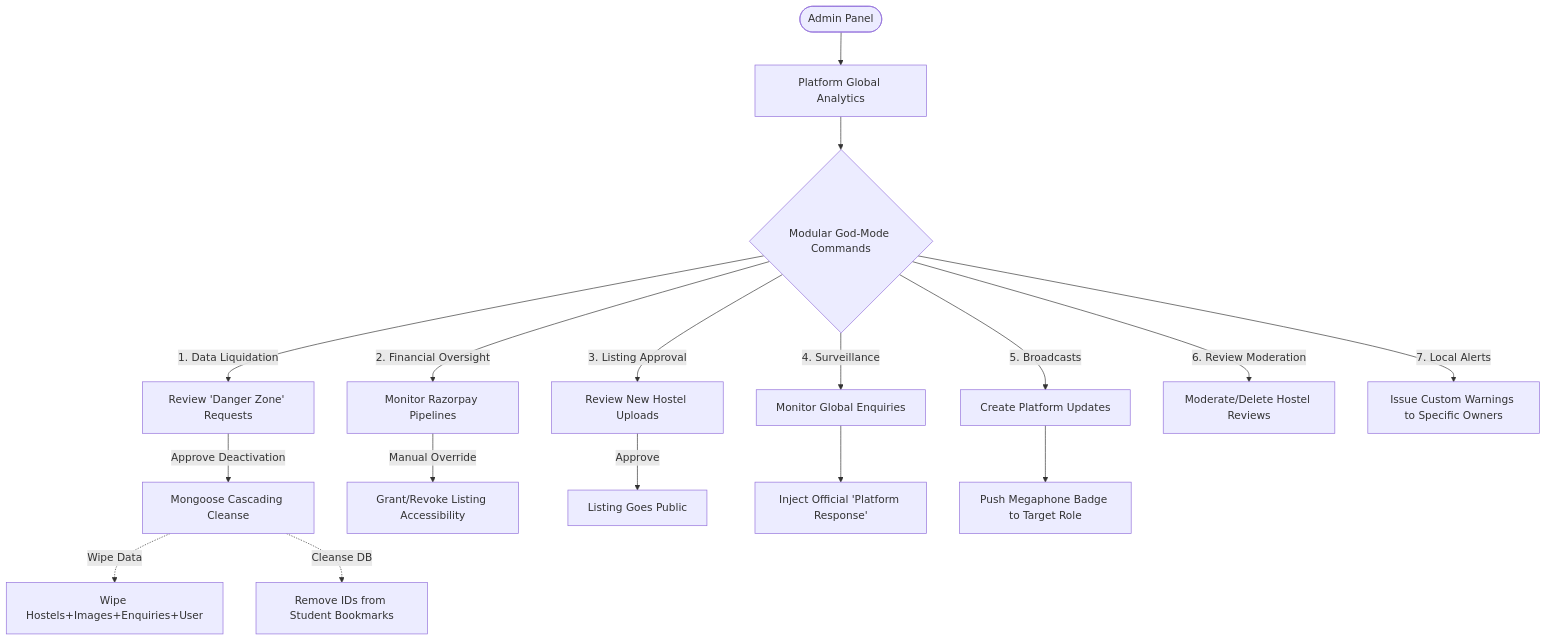
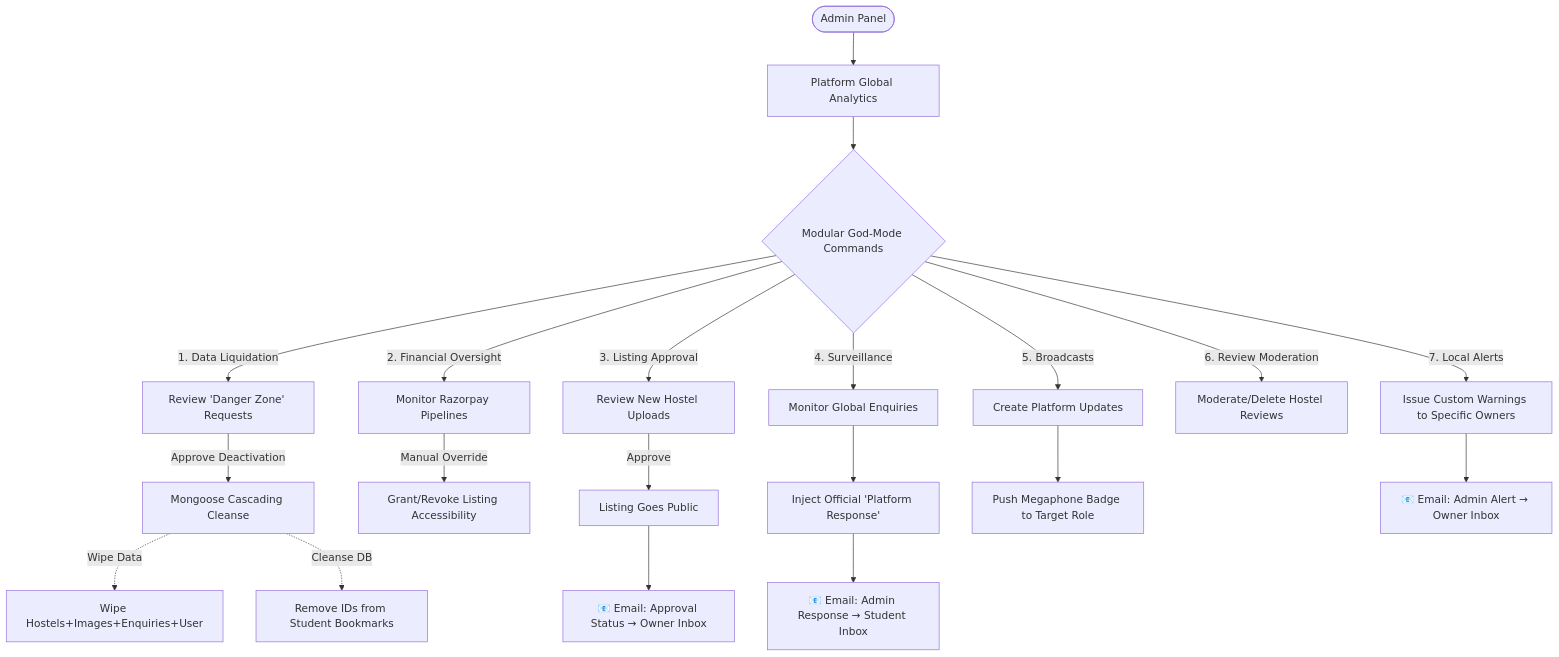
Before and after one commit to Raunaksharmaq64/Hostel-Buddy: the fourth of 5 diagrams in ARCHITECTURE_FLOW.md, drawn with Mermaid. The commit also changed other lines of this file and 6 other files, not shown here.

````diff
--- a/ARCHITECTURE_FLOW.md
+++ b/ARCHITECTURE_FLOW.md
@@ -119,26 +122,29 @@
 ```mermaid
 flowchart TD
     Ad([Admin Panel]) --> Z[Platform Global Analytics]
     
     Z --> A{Modular God-Mode Commands}
     
     A -->|1. Data Liquidation| B[Review 'Danger Zone' Requests]
     B -->|Approve Deactivation| C[Mongoose Cascading Cleanse]
     C -.->|Wipe Data| D[Wipe Hostels+Images+Enquiries+User]
     C -.->|Cleanse DB| E[Remove IDs from Student Bookmarks]
     
     A -->|2. Financial Oversight| F[Monitor Razorpay Pipelines]
     F -->|Manual Override| G[Grant/Revoke Listing Accessibility]
     
     A -->|3. Listing Approval| H[Review New Hostel Uploads]
     H -->|Approve| I[Listing Goes Public]
+    I --> IE[📧 Email: Approval Status → Owner Inbox]
     
     A -->|4. Surveillance| J[Monitor Global Enquiries]
     J --> K[Inject Official 'Platform Response']
+    K --> KE[📧 Email: Admin Response → Student Inbox]
     
     A -->|5. Broadcasts| L[Create Platform Updates]
     L --> M[Push Megaphone Badge to Target Role]
     
     A -->|6. Review Moderation| N[Moderate/Delete Hostel Reviews]
     A -->|7. Local Alerts| O[Issue Custom Warnings to Specific Owners]
+    O --> OE[📧 Email: Admin Alert → Owner Inbox]
 ```
````
